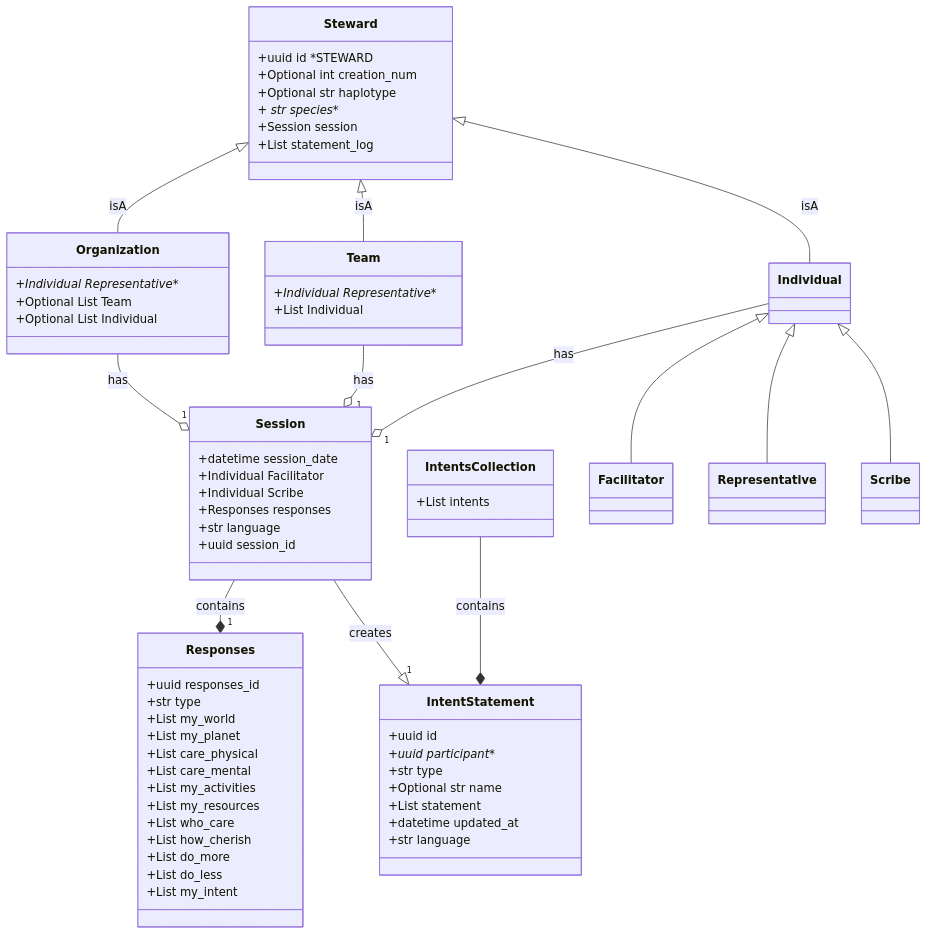
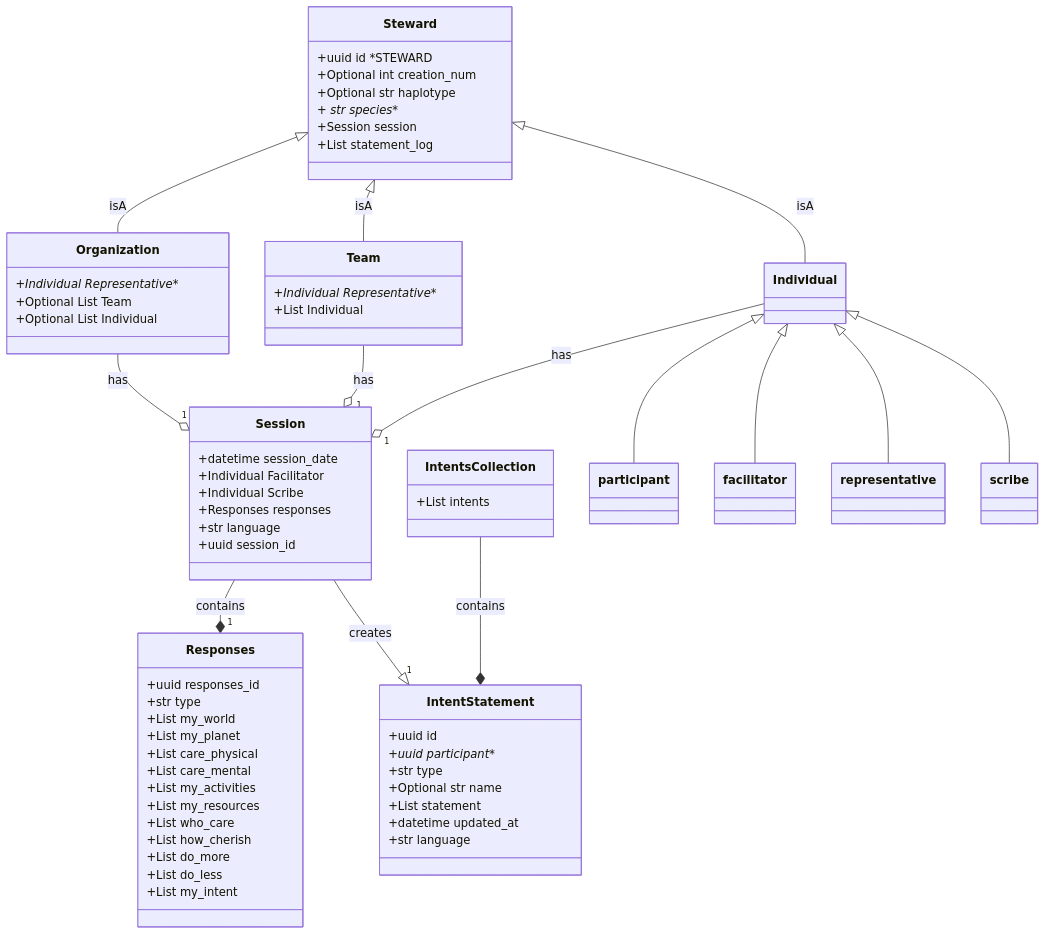
One commit to drew-wks/intent-for-the-planet changed the diagram in docs/data_models_diagram.md. Above: the diagram before and after it, drawn with Mermaid.

````diff
--- a/docs/data_models_diagram.md
+++ b/docs/data_models_diagram.md
@@ -5,70 +5,71 @@
 ```mermaid
 classDiagram
     class Steward {
         +uuid id *STEWARD
         +Optional int creation_num
         +Optional str haplotype
         + str species**
         +Session session
         +List statement_log
     }
     class Individual {
     }
     class Team {
         +Individual Representative**
         +List Individual
     }
     class Organization {
         +Individual Representative**
         +Optional List Team
         +Optional List Individual
     }
     class Session {
         +datetime session_date
         +Individual Facilitator
         +Individual Scribe
         +Responses responses
         +str language
         +uuid session_id
     }
     class Responses {
         +uuid responses_id
         +str type
         +List my_world
         +List my_planet
         +List care_physical
         +List care_mental
         +List my_activities
         +List my_resources
         +List who_care
         +List how_cherish
         +List do_more
         +List do_less
         +List my_intent
     }
     class IntentStatement {
         +uuid id
         +uuid participant**
         +str type
         +Optional str name
         +List statement
         +datetime updated_at
         +str language
     }
     class IntentsCollection {
         +List intents
     }
     IntentsCollection --* IntentStatement : contains
     Session --* "1" Responses : contains
     Steward <|-- Individual : isA
     Steward <|-- Team : isA
     Steward <|-- Organization : isA
     Session--|> "1" IntentStatement : creates
     Individual --o "1" Session : has
-    Individual <|-- Facilitator
-    Individual <|-- Representative
-    Individual <|-- Scribe
+    Individual <|-- participant
+    Individual <|-- facilitator
+    Individual <|-- representative
+    Individual <|-- scribe
     Team --o "1" Session : has
     Organization --o "1" Session : has
 
 ```
````
